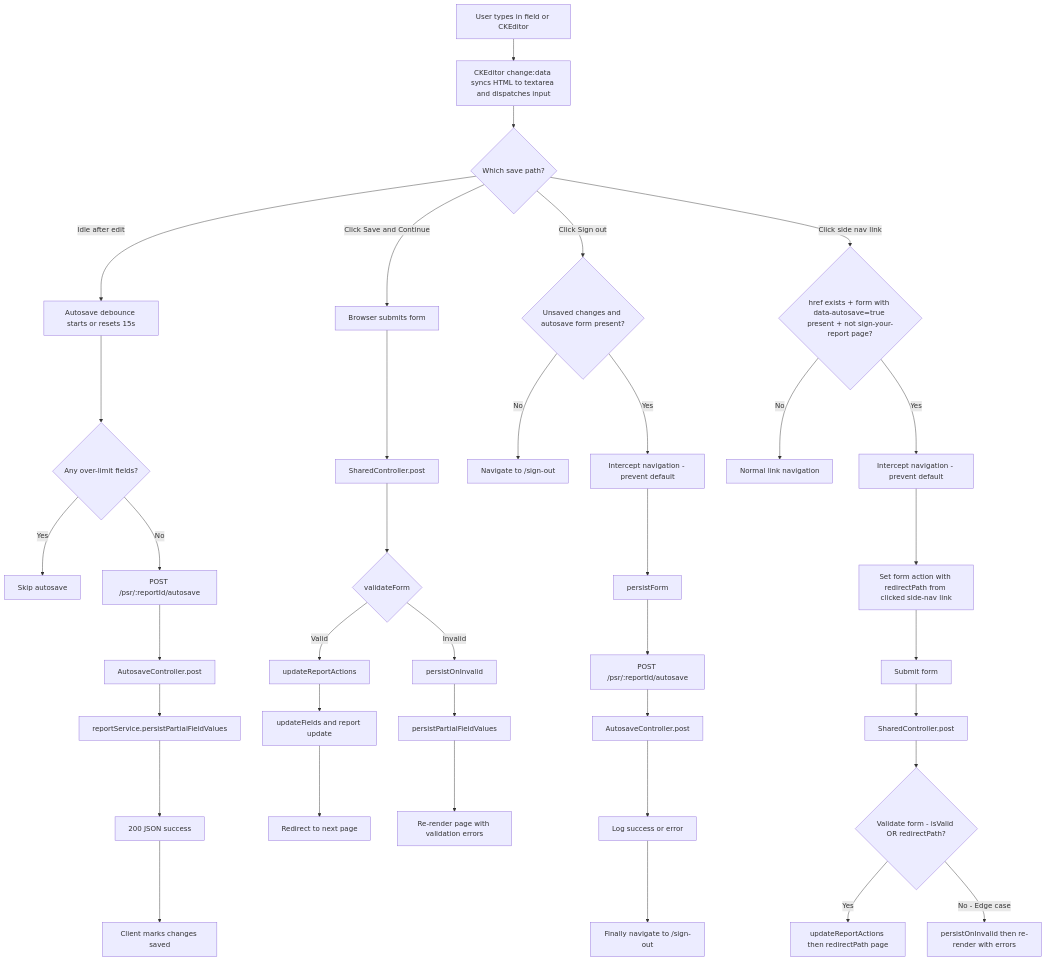
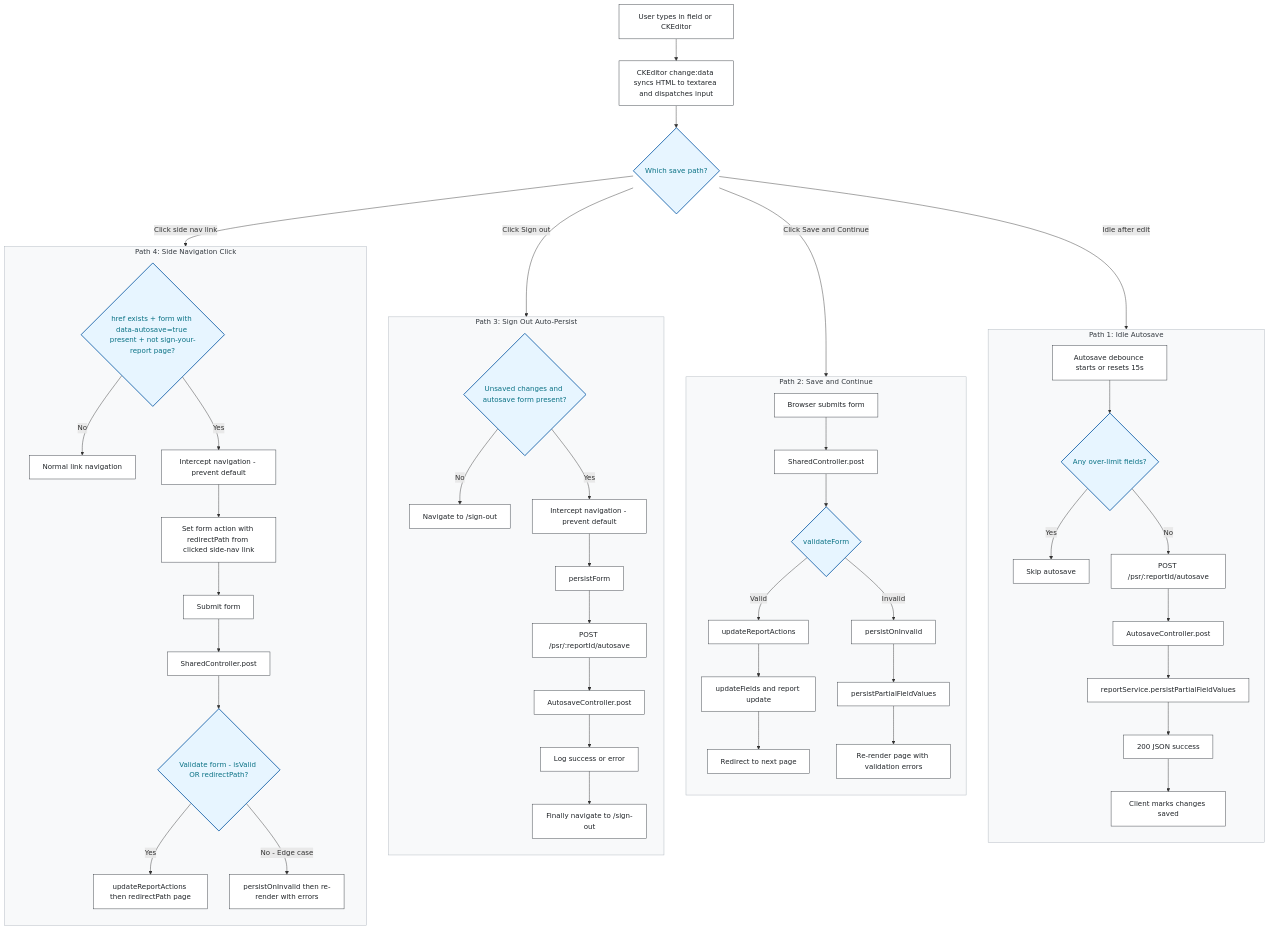
Before and after one commit to ministryofjustice/pre-sentence-service: the diagram in docs/save-flows.md, drawn with Mermaid. The commit also changed other lines of this file and 4 other files, not shown here.

````diff
--- a/docs/save-flows.md
+++ b/docs/save-flows.md
@@ -3,43 +18,71 @@
 ```mermaid
-flowchart TD
+flowchart TB
+  %% Entry Trigger
   U[User types in field or CKEditor] --> C[CKEditor change:data syncs HTML to textarea and dispatches input]
   C --> P{Which save path?}
 
-  P -->|Idle after edit| A1[Autosave debounce starts or resets 15s]
-  A1 --> A2{Any over-limit fields?}
-  A2 -->|Yes| A3[Skip autosave]
-  A2 -->|No| A4[POST /psr/:reportId/autosave]
-  A4 --> A5[AutosaveController.post]
-  A5 --> A6[reportService.persistPartialFieldValues]
-  A6 --> A7[200 JSON success]
-  A7 --> A8[Client marks changes saved]
+  %% Path 1: Idle Autosave
+  subgraph Path1["Path 1: Idle Autosave"]
+    direction TB
+    A1[Autosave debounce starts or resets 15s] --> A2{Any over-limit fields?}
+    A2 -->|Yes| A3[Skip autosave]
+    A2 -->|No| A4[POST /psr/:reportId/autosave]
+    A4 --> A5[AutosaveController.post]
+    A5 --> A6[reportService.persistPartialFieldValues]
+    A6 --> A7[200 JSON success]
+    A7 --> A8[Client marks changes saved]
+  end
 
-  P -->|Click Save and Continue| S1[Browser submits form]
-  S1 --> S2[SharedController.post]
-  S2 --> S3{validateForm}
-  S3 -->|Valid| S4[updateReportActions]
-  S4 --> S5[updateFields and report update]
-  S5 --> S6[Redirect to next page]
-  S3 -->|Invalid| S7[persistOnInvalid]
-  S7 --> S8[persistPartialFieldValues]
-  S8 --> S9[Re-render page with validation errors]
+  %% Path 2: Save and Continue
+  subgraph Path2["Path 2: Save and Continue"]
+    direction TB
+    S1[Browser submits form] --> S2[SharedController.post]
+    S2 --> S3{validateForm}
+    S3 -->|Valid| S4[updateReportActions]
+    S4 --> S5[updateFields and report update]
+    S5 --> S6[Redirect to next page]
+    S3 -->|Invalid| S7[persistOnInvalid]
+    S7 --> S8[persistPartialFieldValues]
+    S8 --> S9[Re-render page with validation errors]
+  end
 
-  P -->|Click Sign out| L1{Unsaved changes and autosave form present?}
-  L1 -->|No| L2[Navigate to /sign-out]
-  L1 -->|Yes| L3[Intercept navigation - prevent default]
-  L3 --> L4[persistForm]
-  L4 --> L5[POST /psr/:reportId/autosave]
-  L5 --> L6[AutosaveController.post]
-  L6 --> L7[Log success or error]
-  L7 --> L8[Finally navigate to /sign-out]
+  %% Path 3: Sign Out
+  subgraph Path3["Path 3: Sign Out Auto-Persist"]
+    direction TB
+    L1{Unsaved changes and autosave form present?} -->|No| L2[Navigate to /sign-out]
+    L1 -->|Yes| L3[Intercept navigation - prevent default]
+    L3 --> L4[persistForm]
+    L4 --> L5[POST /psr/:reportId/autosave]
+    L5 --> L6[AutosaveController.post]
+    L6 --> L7[Log success or error]
+    L7 --> L8[Finally navigate to /sign-out]
+  end
 
-  P -->|Click side nav link| N1{href exists + form with data-autosave=true present + not sign-your-report page?}
-  N1 -->|No| N2[Normal link navigation]
-  N1 -->|Yes| N3[Intercept navigation - prevent default]
-  N3 --> N4[Set form action with redirectPath from clicked side-nav link]
-  N4 --> N5[Submit form]
-  N5 --> N6[SharedController.post]
-  N6 --> N7{Validate form - isValid OR redirectPath?}
-  N7 -->|Yes| N8[updateReportActions then redirectPath page]
-  N7 -->|No - Edge case| N9[persistOnInvalid then re-render with errors]
+  %% Path 4: Side Nav Navigation
+  subgraph Path4["Path 4: Side Navigation Click"]
+    direction TB
+    N1{href exists + form with data-autosave=true present + not sign-your-report page?} -->|No| N2[Normal link navigation]
+    N1 -->|Yes| N3[Intercept navigation - prevent default]
+    N3 --> N4[Set form action with redirectPath from clicked side-nav link]
+    N4 --> N5[Submit form]
+    N5 --> N6[SharedController.post]
+    N6 --> N7{Validate form - isValid OR redirectPath?}
+    N7 -->|Yes| N8[updateReportActions then redirectPath page]
+    N7 -->|No - Edge case| N9[persistOnInvalid then re-render with errors]
+  end
+
+  %% Main Path Connections
+  P -->|Idle after edit| A1
+  P -->|Click Save and Continue| S1
+  P -->|Click Sign out| L1
+  P -->|Click side nav link| N1
+
+  %% Styling / Themes
+  classDef decision fill:#e7f5ff,stroke:#1864ab,stroke-width:2px,color:#0b7285;
+  classDef action fill:#ffffff,stroke:#343a40,stroke-width:1px,color:#212529;
+  classDef container fill:#f8f9fa,stroke:#adb5bd,stroke-width:1px,color:#343a40;
+
+  class P,A2,S3,L1,N1,N7 decision;
+  class U,C,A1,A3,A4,A5,A6,A7,A8,S1,S2,S4,S5,S6,S7,S8,S9,L2,L3,L4,L5,L6,L7,L8,N2,N3,N4,N5,N6,N8,N9 action;
+  class Path1,Path2,Path3,Path4 container;
 ```
````
